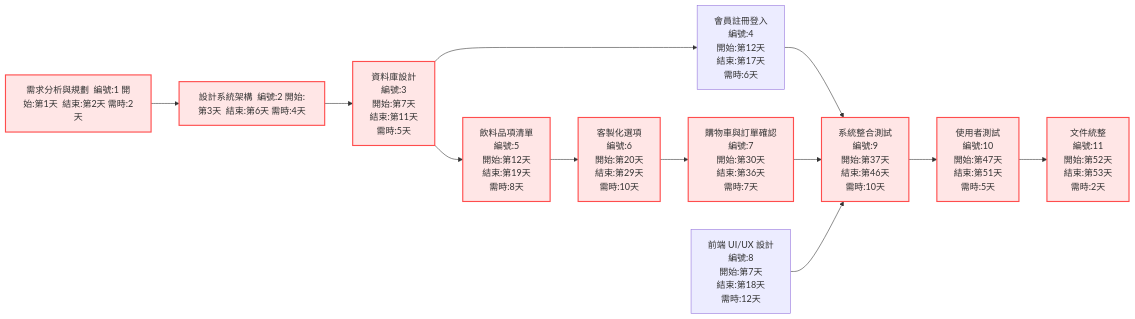
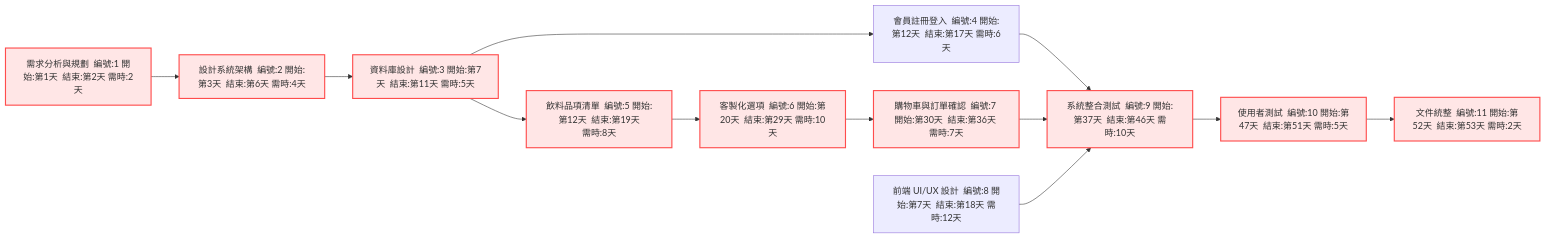
The first of 2 diagrams in group12_drink.md (Ling7100/hw-group), drawn with Mermaid before and after one commit.

````diff
--- a/group12_drink.md
+++ b/group12_drink.md
@@ -4,30 +4,30 @@
 ```mermaid
 flowchart LR
     A["需求分析與規劃  編號:1 開始:第1天  結束:第2天 需時:2天"]
     B["設計系統架構  編號:2 開始:第3天  結束:第6天 需時:4天"]
-    C["資料庫設計\n編號:3\n開始:第7天\n結束:第11天\n需時:5天"]
-    D["會員註冊登入\n編號:4\n開始:第12天\n結束:第17天\n需時:6天"]
-    E["飲料品項清單\n編號:5\n開始:第12天\n結束:第19天\n需時:8天"]
-    F["客製化選項\n編號:6\n開始:第20天\n結束:第29天\n需時:10天"]
-    G["購物車與訂單確認\n編號:7\n開始:第30天\n結束:第36天\n需時:7天"]
-    H["前端 UI/UX 設計\n編號:8\n開始:第7天\n結束:第18天\n需時:12天"]
-    I["系統整合測試\n編號:9\n開始:第37天\n結束:第46天\n需時:10天"]
-    J["使用者測試\n編號:10\n開始:第47天\n結束:第51天\n需時:5天"]
-    K["文件統整\n編號:11\n開始:第52天\n結束:第53天\n需時:2天"]
+    C["資料庫設計  編號:3 開始:第7天  結束:第11天 需時:5天"]
+    D["會員註冊登入  編號:4 開始:第12天  結束:第17天 需時:6天"]
+    E["飲料品項清單  編號:5 開始:第12天  結束:第19天\n需時:8天"]
+    F["客製化選項  編號:6 開始:第20天  結束:第29天 需時:10天"]
+    G["購物車與訂單確認  編號:7 開始:第30天  結束:第36天 需時:7天"]
+    H["前端 UI/UX 設計  編號:8 開始:第7天  結束:第18天 需時:12天"]
+    I["系統整合測試  編號:9 開始:第37天  結束:第46天 需時:10天"]
+    J["使用者測試  編號:10 開始:第47天  結束:第51天 需時:5天"]
+    K["文件統整  編號:11 開始:第52天  結束:第53天 需時:2天"]
 
     A --> B
     B --> C
     C --> D
     C --> E
     E --> F
     F --> G
     D --> I
     G --> I
     H --> I
     I --> J
     J --> K
 
     %% 標示關鍵路徑的 class（可視化）
     classDef critical fill:#ffe6e6,stroke:#ff4d4d,stroke-width:2px;
     class A,B,C,E,F,G,I,J,K critical;
 ```
````
